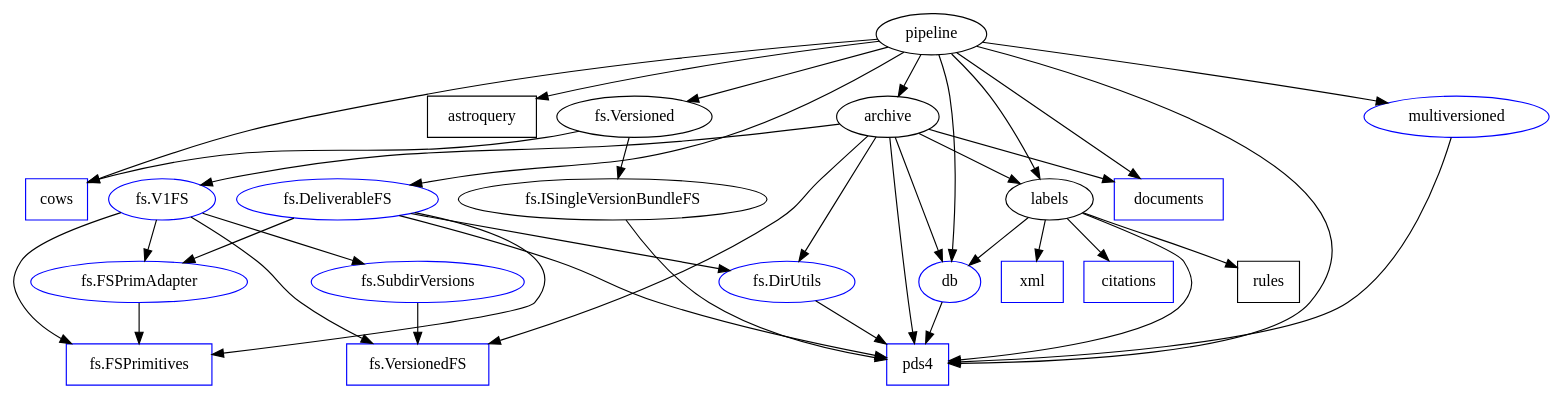
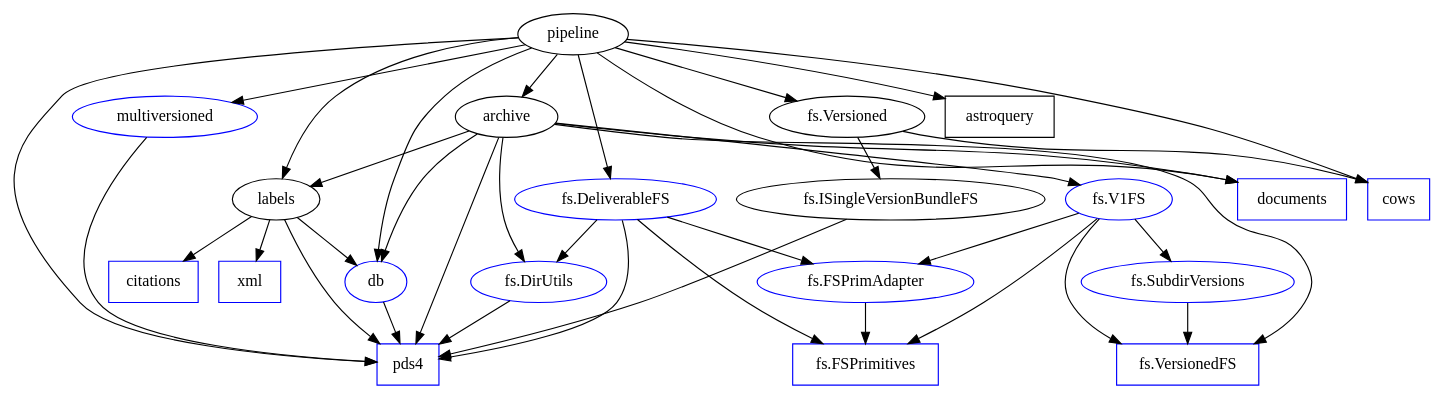
One commit to SETI/rms-hst-pipeline changed the diagram in modules.dot. Above: the diagram before and after it, drawn with Graphviz. The commit also changed 49 other files, not shown here.

```diff
--- a/modules.dot
+++ b/modules.dot
@@ -1,70 +1,68 @@
 /* Here's the tentative shape, based on the Python2.7 version of
  * PDART. It may not be right.
  *
  * I broke up the modules within fs to see what's used by whom.
  * Unfortunately, that package is a bit of a mess.
  *
  * Note that there is a SubdirVersions in both fs and multiversioned.
  *
  * Mark nodes blue when done.
  * 
  * Use this as a guide of what to convert next.
  */
 
 digraph {
     "fs.DeliverableFS"[color=blue];
     "fs.DirUtils"[color=blue];
     "fs.FSPrimAdapter"[color=blue];
     "fs.FSPrimitives"[shape=box;color=blue];
     "fs.SubdirVersions"[color=blue];
     "fs.V1FS"[color=blue];
     "fs.VersionedFS"[shape=box;color=blue];
     astroquery[shape=box];
     citations[shape=box;color=blue];
     cows[shape=box;color=blue];
     db[color=blue];
     documents[shape=box;color=blue];
     multiversioned[color=blue];
     pds4[shape=box;color=blue];
-    rules[shape=box];
     xml[shape=box;color=blue];
 
     "fs.DeliverableFS" -> "fs.DirUtils";
     "fs.DeliverableFS" -> "fs.FSPrimAdapter";
     "fs.DeliverableFS" -> "fs.FSPrimitives";
     "fs.DeliverableFS" -> pds4;
     "fs.DirUtils" -> pds4;
     "fs.FSPrimAdapter" -> "fs.FSPrimitives";
     "fs.ISingleVersionBundleFS" -> pds4;
     "fs.SubdirVersions" -> "fs.VersionedFS";
     "fs.V1FS" -> "fs.FSPrimAdapter";
     "fs.V1FS" -> "fs.FSPrimitives";
     "fs.V1FS" -> "fs.SubdirVersions";
     "fs.V1FS" -> "fs.VersionedFS";
     "fs.Versioned" -> "fs.ISingleVersionBundleFS";
     "fs.Versioned" -> cows;
     archive -> "fs.DirUtils";
     archive -> "fs.V1FS";
     archive -> "fs.VersionedFS";
     archive -> db;
     archive -> documents;
     archive -> labels;
     archive -> pds4;
     db -> pds4;
     labels -> citations;
     labels -> db;
     labels -> pds4;
-    labels -> rules;
     labels -> xml;
     multiversioned -> pds4;
     pipeline -> "fs.DeliverableFS";
     pipeline -> "fs.Versioned";
     pipeline -> archive;
     pipeline -> astroquery
     pipeline -> cows;
     pipeline -> db;
     pipeline -> documents;
     pipeline -> labels;
     pipeline -> multiversioned;
     pipeline -> pds4;
 }
```
